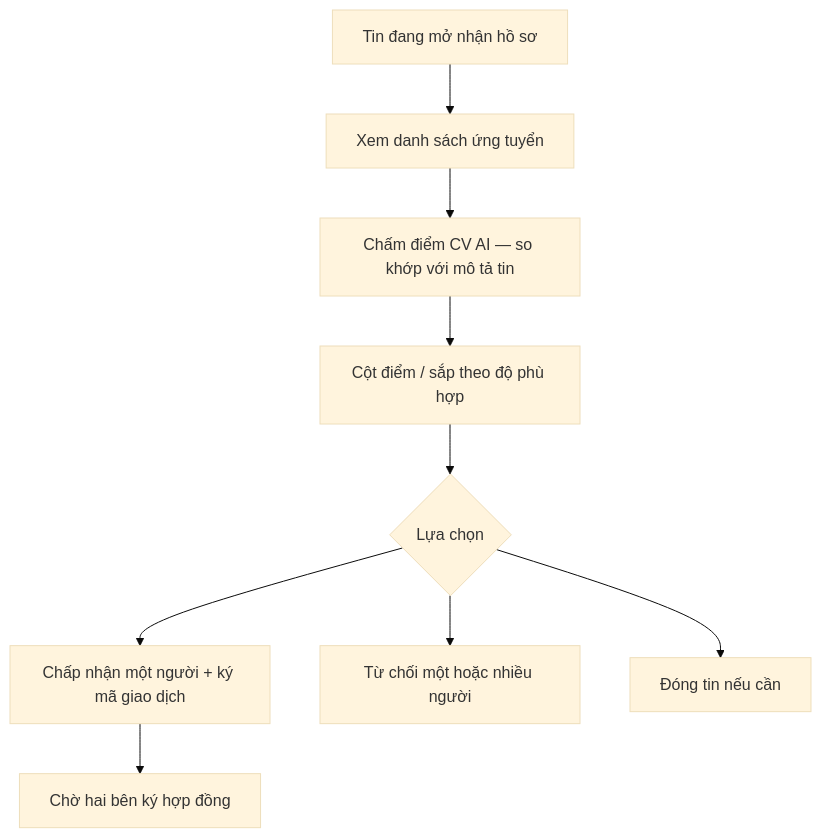
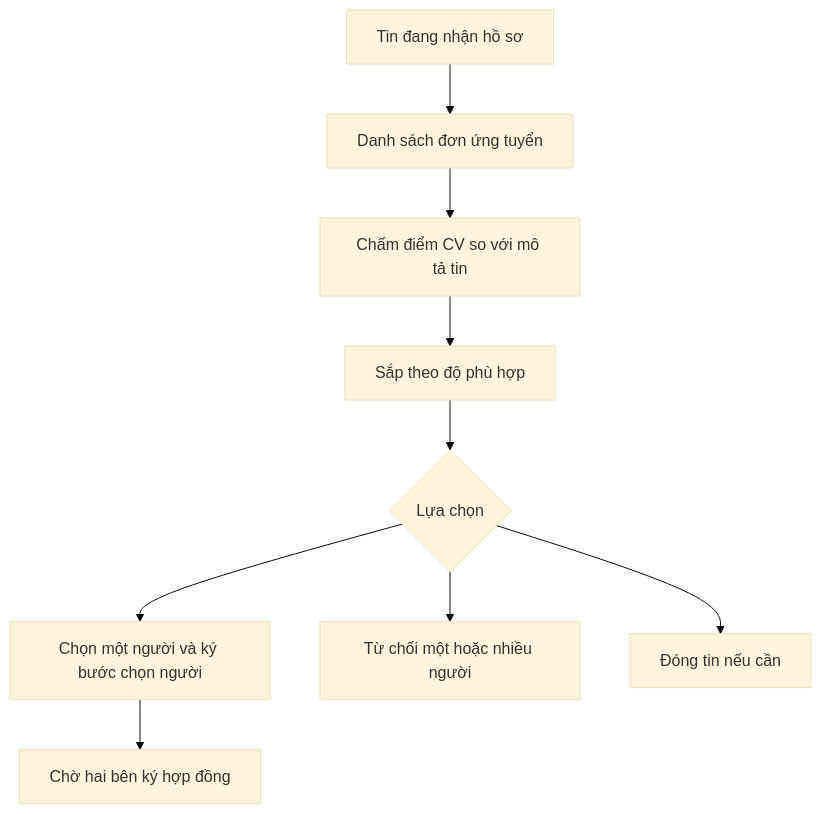
One commit to dmt041104111003/docs-nckh changed the second of 5 diagrams in poster.md. Above: the diagram before and after it, drawn with Mermaid (base theme). The commit also changed other lines of this file and 8 other files, not shown here.

````diff
--- a/poster.md
+++ b/poster.md
@@ -31,11 +29,11 @@
 ```mermaid
 flowchart TD
-  A[Tin đang mở nhận hồ sơ] --> B[Xem danh sách ứng tuyển]
-  B --> S[Chấm điểm CV AI — so khớp với mô tả tin]
-  S --> B2[Cột điểm / sắp theo độ phù hợp]
+  A[Tin đang nhận hồ sơ] --> B[Danh sách đơn ứng tuyển]
+  B --> S[Chấm điểm CV so với mô tả tin]
+  S --> B2[Sắp theo độ phù hợp]
   B2 --> C{Lựa chọn}
-  C --> D[Chấp nhận một người + ký mã giao dịch]
+  C --> D[Chọn một người và ký bước chọn người]
   C --> E[Từ chối một hoặc nhiều người]
   C --> F[Đóng tin nếu cần]
   D --> G[Chờ hai bên ký hợp đồng]
 ```
````
